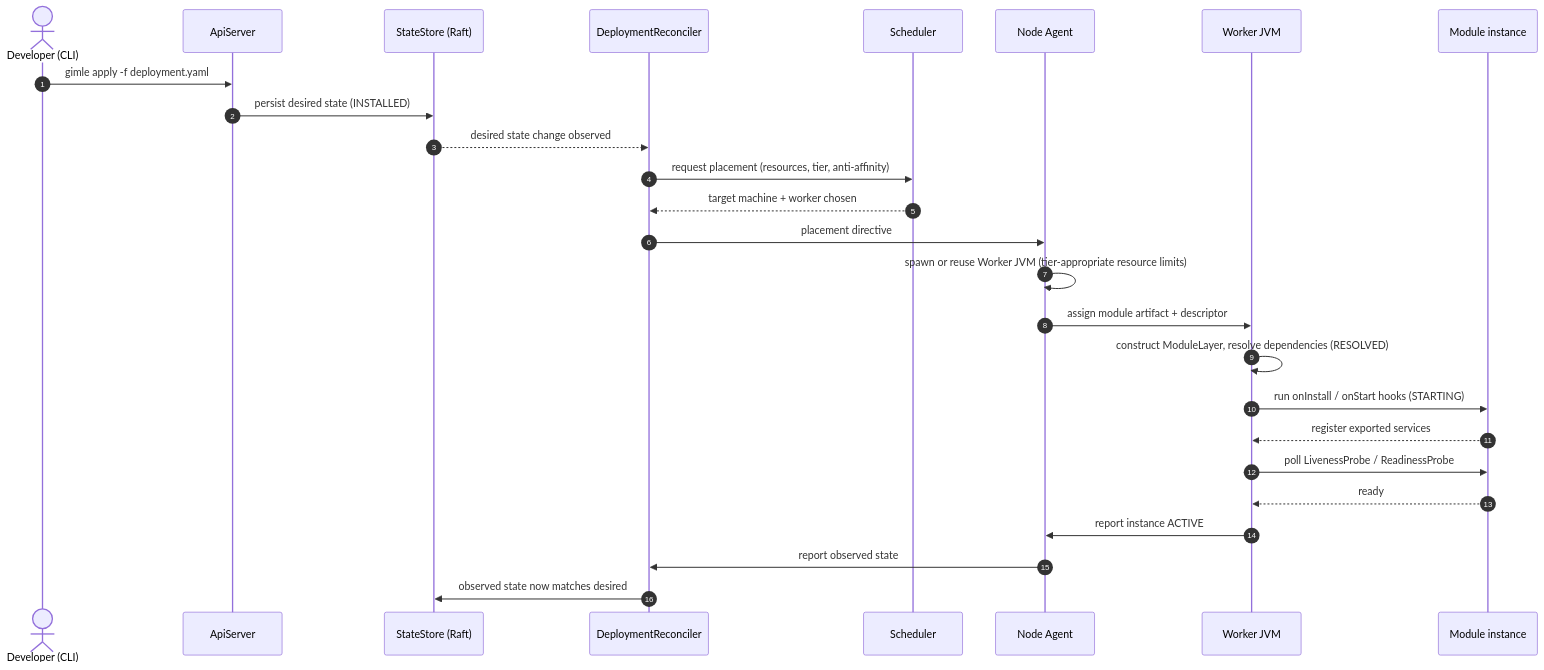
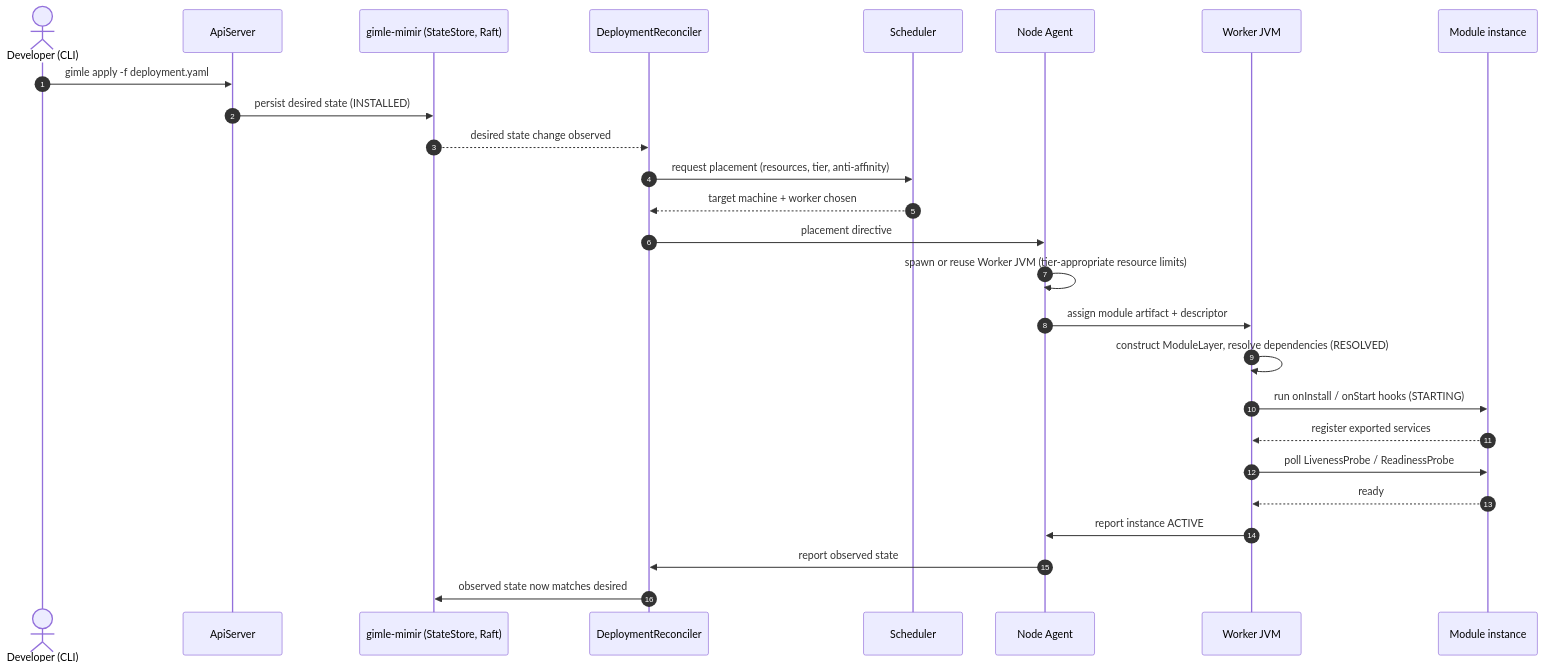
The diagram in gimle-docs/docs/tutorials/deploy-your-first-module.md (ghiloufibg/gimle), drawn with Mermaid before and after one commit. The commit also changed 133 other files, not shown here.

First line of the commit message:
feat(mimir,controlplane): extract Raft-replicated store into gimle-mimir

````diff
--- a/gimle-docs/docs/tutorials/deploy-your-first-module.md
+++ b/gimle-docs/docs/tutorials/deploy-your-first-module.md
@@ -16,29 +16,29 @@
 ```mermaid
 sequenceDiagram
     autonumber
     actor Dev as Developer (CLI)
     participant API as ApiServer
-    participant Store as StateStore (Raft)
+    participant Store as gimle-mimir (StateStore, Raft)
     participant Recon as DeploymentReconciler
     participant Sched as Scheduler
     participant Agent as Node Agent
     participant Worker as Worker JVM
     participant Mod as Module instance
 
     Dev->>API: gimle apply -f deployment.yaml
     API->>Store: persist desired state (INSTALLED)
     Store-->>Recon: desired state change observed
     Recon->>Sched: request placement (resources, tier, anti-affinity)
     Sched-->>Recon: target machine + worker chosen
     Recon->>Agent: placement directive
     Agent->>Agent: spawn or reuse Worker JVM (tier-appropriate resource limits)
     Agent->>Worker: assign module artifact + descriptor
     Worker->>Worker: construct ModuleLayer, resolve dependencies (RESOLVED)
     Worker->>Mod: run onInstall / onStart hooks (STARTING)
     Mod-->>Worker: register exported services
     Worker->>Mod: poll LivenessProbe / ReadinessProbe
     Mod-->>Worker: ready
     Worker->>Agent: report instance ACTIVE
     Agent->>Recon: report observed state
     Recon->>Store: observed state now matches desired
 ```
````
